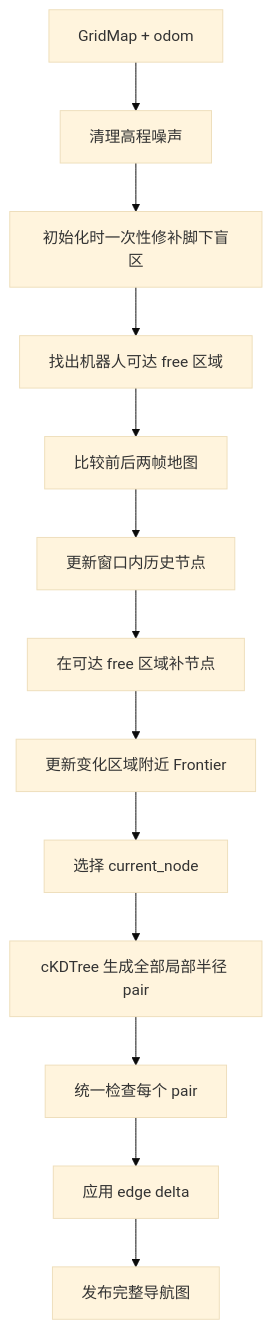
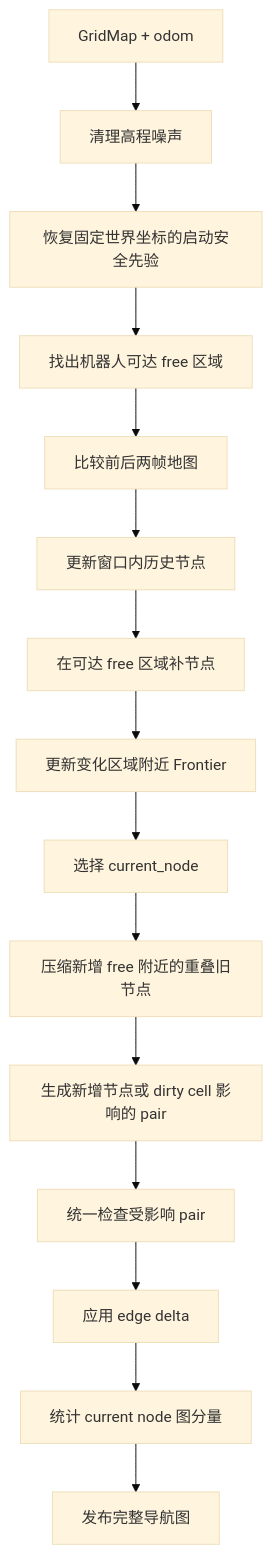
The diagram in graph_construction/docs/details/graph_update.md (wycaca/wildos), drawn with Mermaid (base theme) before and after one commit. The commit also changed other lines of this file and 13 other files, not shown here.

Commit message:
优化图更新性能与启动区域连通

````diff
--- a/graph_construction/docs/details/graph_update.md
+++ b/graph_construction/docs/details/graph_update.md
@@ -73,15 +73,17 @@
 ```mermaid
 flowchart TD
     A["GridMap + odom"] --> B["清理高程噪声"]
-    B --> C["初始化时一次性修补脚下盲区"]
+    B --> C["恢复固定世界坐标的启动安全先验"]
     C --> D["找出机器人可达 free 区域"]
     D --> E["比较前后两帧地图"]
     E --> F["更新窗口内历史节点"]
     F --> G["在可达 free 区域补节点"]
     G --> H["更新变化区域附近 Frontier"]
     H --> I["选择 current_node"]
-    I --> J["cKDTree 生成全部局部半径 pair"]
-    J --> K["统一检查每个 pair"]
-    K --> L["应用 edge delta"]
-    L --> M["发布完整导航图"]
+    I --> J["压缩新增 free 附近的重叠旧节点"]
+    J --> K["生成新增节点或 dirty cell 影响的 pair"]
+    K --> L["统一检查受影响 pair"]
+    L --> M["应用 edge delta"]
+    M --> N["统计 current node 图分量"]
+    N --> O["发布完整导航图"]
 ```
````
